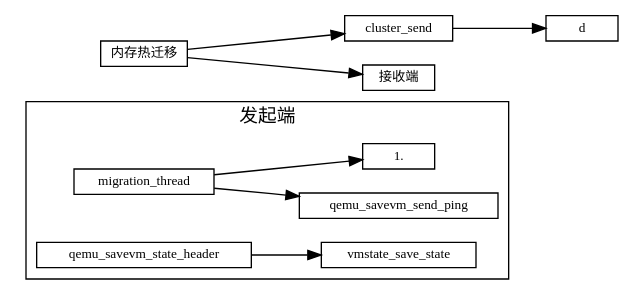
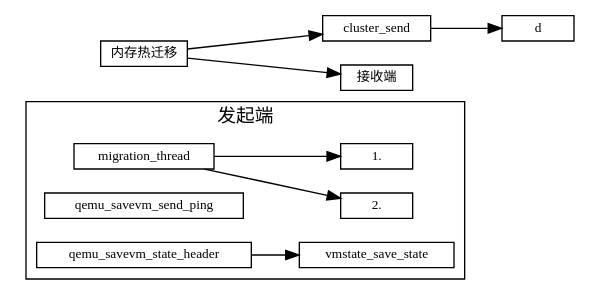
The diagram in 虚拟化/热迁移/1-内存热迁移.md (sisyphus1212/note), drawn with Graphviz before and after one commit.

Commit message:
auto_update

````diff
--- a/虚拟化/热迁移/1-内存热迁移.md
+++ b/虚拟化/热迁移/1-内存热迁移.md
@@ -11,22 +11,22 @@
 ```graphviz
 digraph 热迁移 {
 fontname="Helvetica,Arial,sans-serif"
 //node [fontname="Helvetica,Arial,sans-serif"]
 edge [fontname="Helvetica,Arial,sans-serif"]
 rankdir="LR"
 node [fontsize=10, shape=box, height=0.25]
 edge [fontsize=10]
 
   subgraph cluster_send {
     label="发起端";
-    migration_thread -> qemu_savevm_send_ping
+    migration_thread -> 2.qemu_savevm_send_ping
     migration_thread -> 1.qemu_savevm_state_header -> vmstate_save_state
   }
 
 内存热迁移 [label="内存热迁移"]
 内存热迁移 -> cluster_send
            -> d
 
 内存热迁移 -> 接收端
 }
 ```
````
